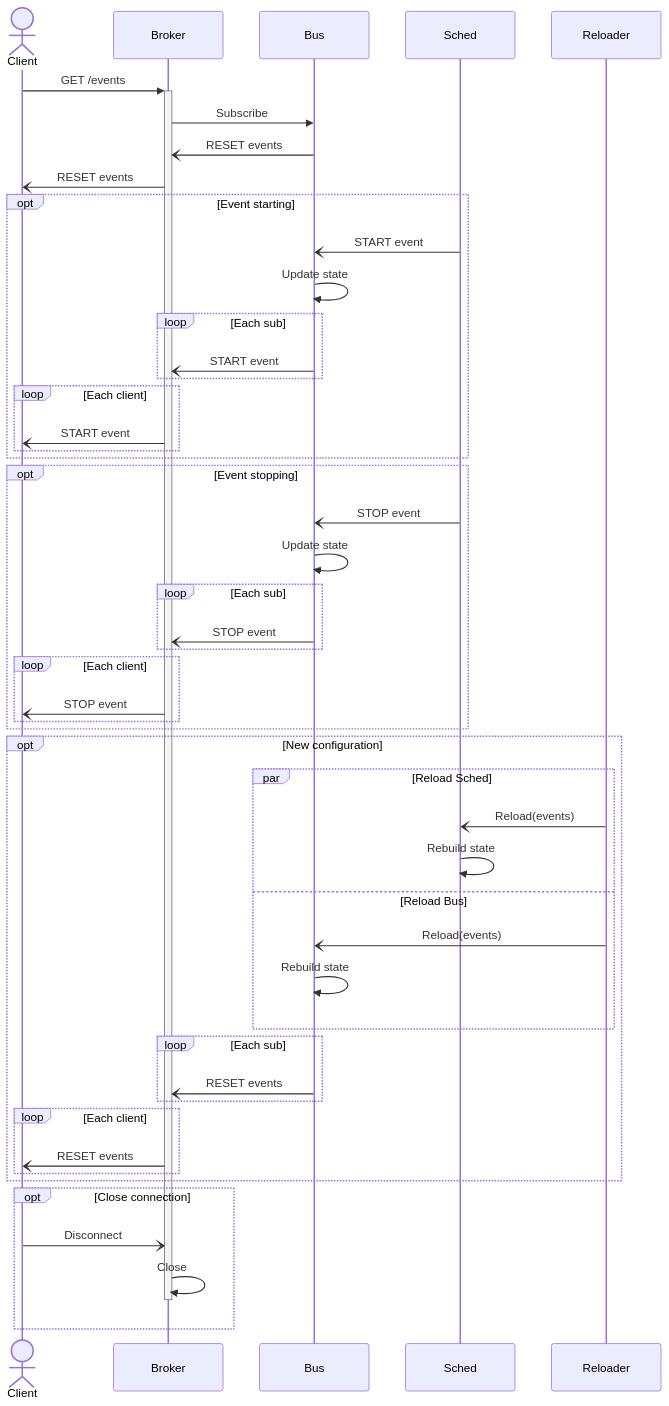
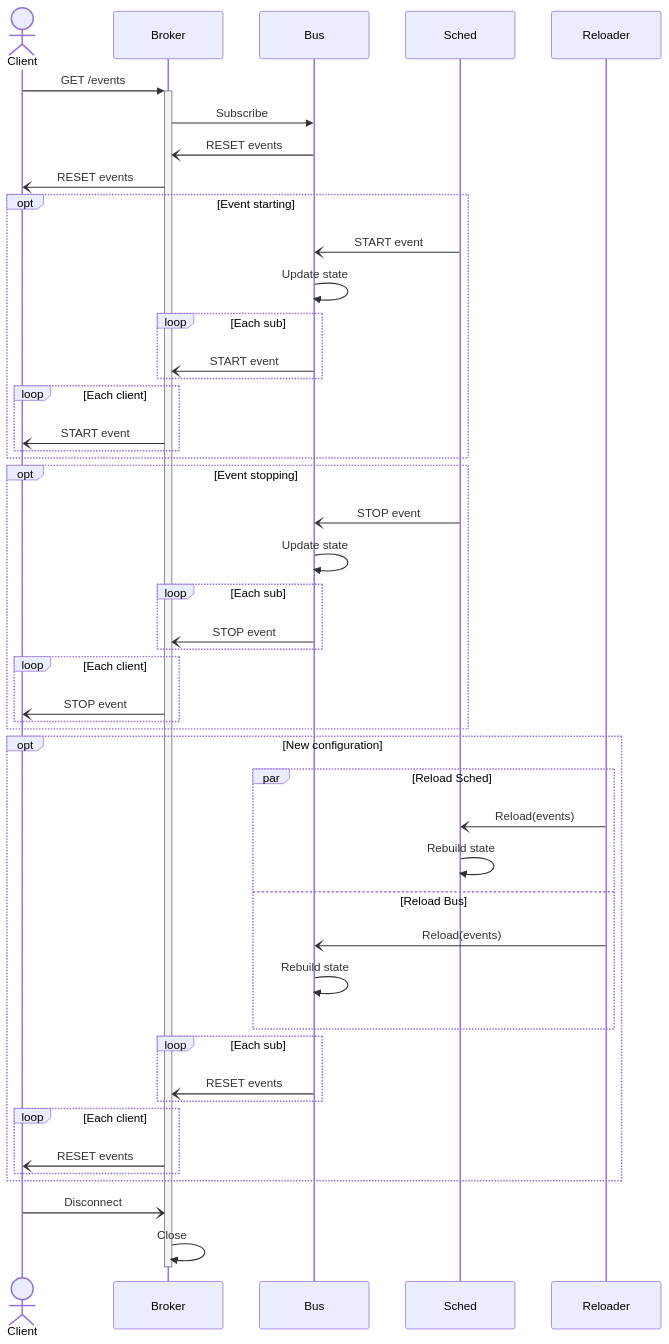
The diagram in README.md (bsid-es/steven), drawn with Mermaid before and after one commit.

Commit message:
docs: disconnect is not really an option

````diff
--- a/README.md
+++ b/README.md
@@ -100,57 +100,55 @@
 ```mermaid
 sequenceDiagram
 
 actor Client
 participant Broker
 participant Bus
 participant Sched
 participant Reloader
 
 Client->>+Broker: GET /events
 Broker->>Bus: Subscribe
 Bus-)Broker: RESET events
 Broker-)Client: RESET events
 
 opt Event starting
 	Sched-)Bus: START event
 	Bus->>Bus: Update state
 	loop Each sub
 		Bus-)Broker: START event
 	end
 	loop Each client
 		Broker-)Client: START event
 	end
 end
 
 opt Event stopping
 	Sched-)Bus: STOP event
 	Bus->>Bus: Update state
 	loop Each sub
 		Bus-)Broker: STOP event
 	end
 	loop Each client
 		Broker-)Client: STOP event
 	end
 end
 
 opt New configuration
 	par Reload Sched
 		Reloader-)Sched: Reload(events)
 		Sched->>Sched: Rebuild state
 	and Reload Bus
 		Reloader-)Bus: Reload(events)
 		Bus->>Bus: Rebuild state
 	end
 	loop Each sub
 		Bus-)Broker: RESET events
 	end
 	loop Each client
 		Broker-)Client: RESET events
 	end
 end
 
-opt Close connection
 Client-)Broker: Disconnect
 Broker->>-Broker: Close
-end
 ```
````
